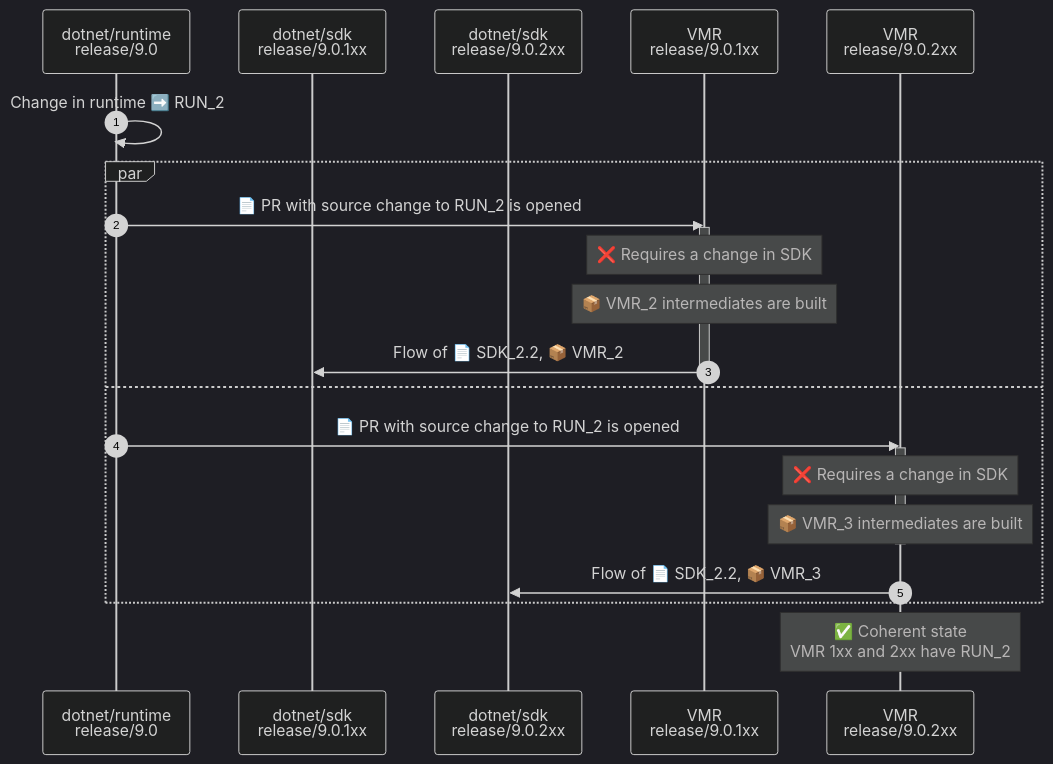
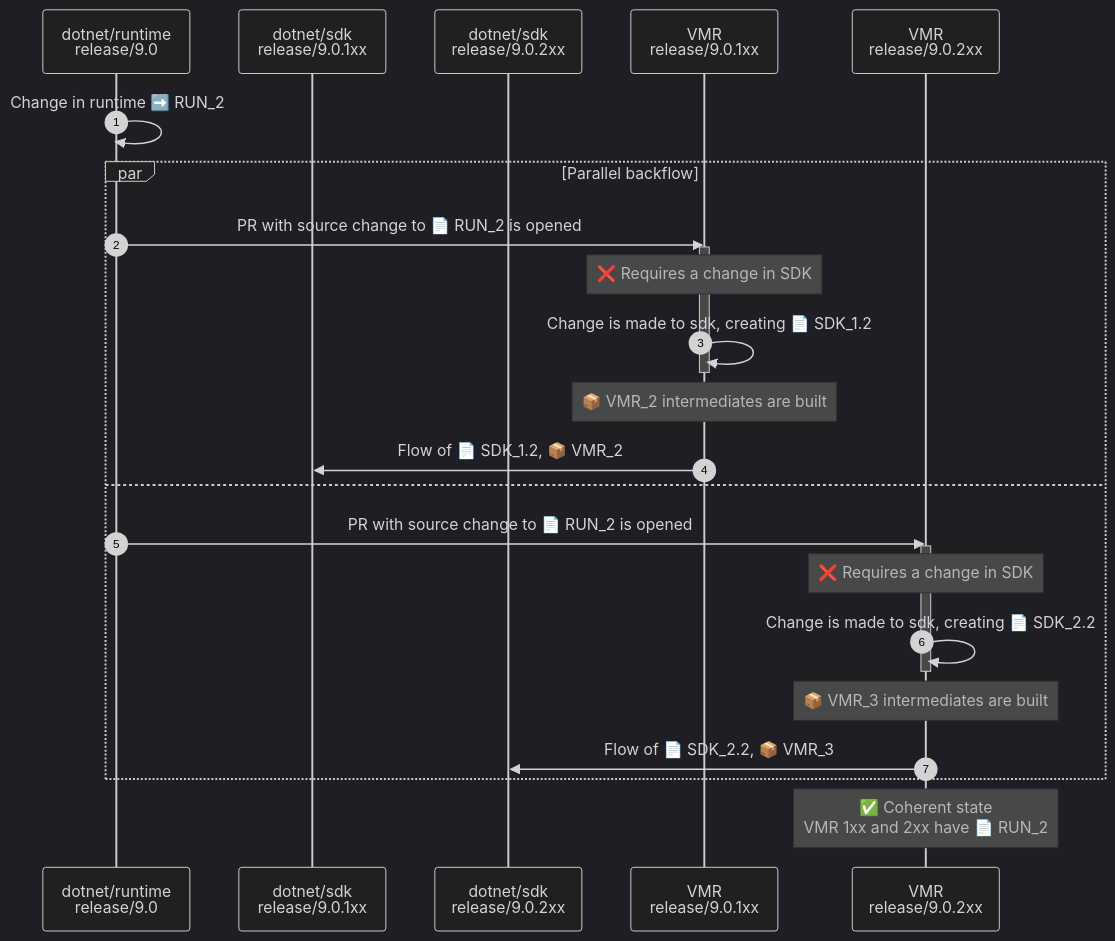
One commit to dotnet/arcade changed the second of 2 diagrams in Documentation/UnifiedBuild/VMR-Managing-SDK-Bands-SDK-branches.md. Above: the diagram before and after it, drawn with Mermaid (dark theme). The commit also changed other lines of this file and 2 other files, not shown here.

Commit message:
Add comments for code flow diagrams

````diff
--- a/Documentation/UnifiedBuild/VMR-Managing-SDK-Bands-SDK-branches.md
+++ b/Documentation/UnifiedBuild/VMR-Managing-SDK-Bands-SDK-branches.md
@@ -64,30 +64,32 @@
 ```mermaid
 sequenceDiagram
     autonumber
 
     participant runtime as dotnet/runtime<br />release/9.0
     participant SDK_1xx as dotnet/sdk<br />release/9.0.1xx
     participant SDK_2xx as dotnet/sdk<br />release/9.0.2xx
     participant VMR_1xx as VMR<br />release/9.0.1xx
     participant VMR_2xx as VMR<br />release/9.0.2xx
 
     runtime->>runtime: Change in runtime ➡️ RUN_2
 
-    par
-        runtime->>VMR_1xx: 📄 PR with source change to RUN_2 is opened
+    par Parallel backflow
+        runtime->>VMR_1xx: PR with source change to 📄 RUN_2 is opened
         activate VMR_1xx
         Note over VMR_1xx: ❌ Requires a change in SDK
+        VMR_1xx->>VMR_1xx: Change is made to sdk, creating 📄 SDK_1.2
+        deactivate VMR_1xx
         Note over VMR_1xx: 📦 VMR_2 intermediates are built
-        VMR_1xx->>SDK_1xx: Flow of 📄 SDK_2.2, 📦 VMR_2
-        deactivate VMR_1xx
+        VMR_1xx->>SDK_1xx: Flow of 📄 SDK_1.2, 📦 VMR_2
     and
-        runtime->>VMR_2xx: 📄 PR with source change to RUN_2 is opened
+        runtime->>VMR_2xx: PR with source change to 📄 RUN_2 is opened
         activate VMR_2xx
         Note over VMR_2xx: ❌ Requires a change in SDK
+        VMR_2xx->>VMR_2xx: Change is made to sdk, creating 📄 SDK_2.2
+        deactivate VMR_2xx
         Note over VMR_2xx: 📦 VMR_3 intermediates are built
-        deactivate VMR_2xx
         VMR_2xx->>SDK_2xx: Flow of 📄 SDK_2.2, 📦 VMR_3
     end
 
-    Note over VMR_2xx: ✅ Coherent state<br />VMR 1xx and 2xx have RUN_2
+    Note over VMR_2xx: ✅ Coherent state<br />VMR 1xx and 2xx have 📄 RUN_2
 ```
````
